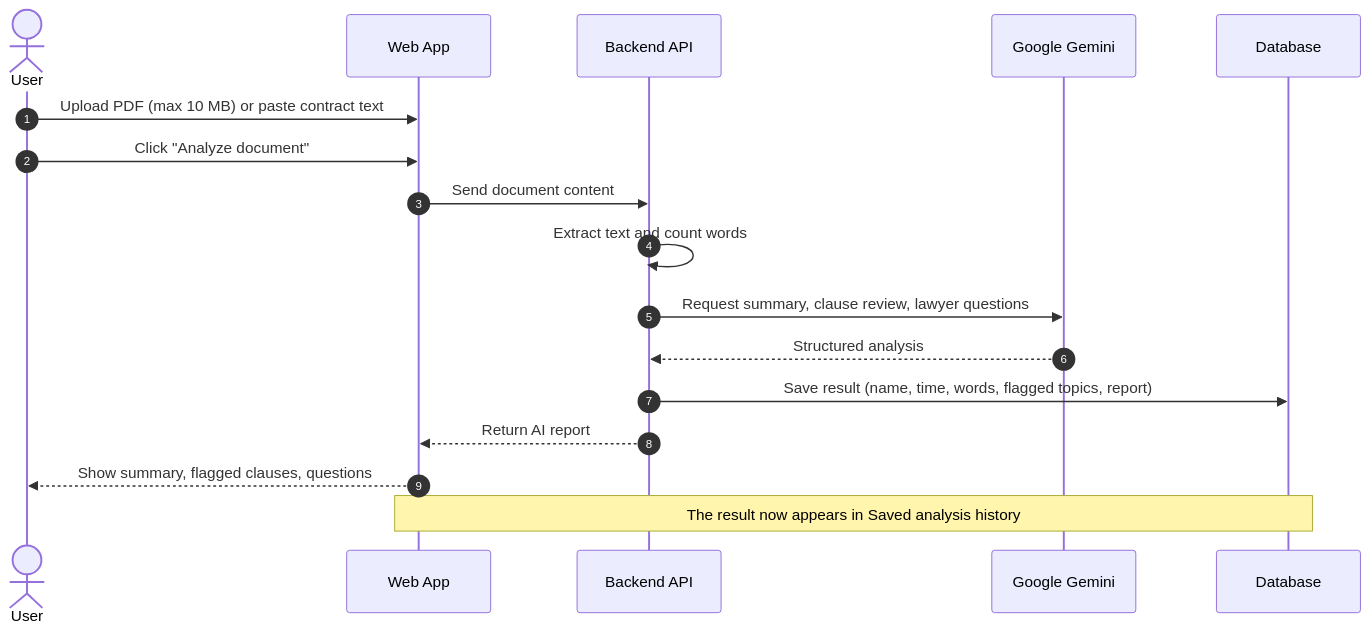
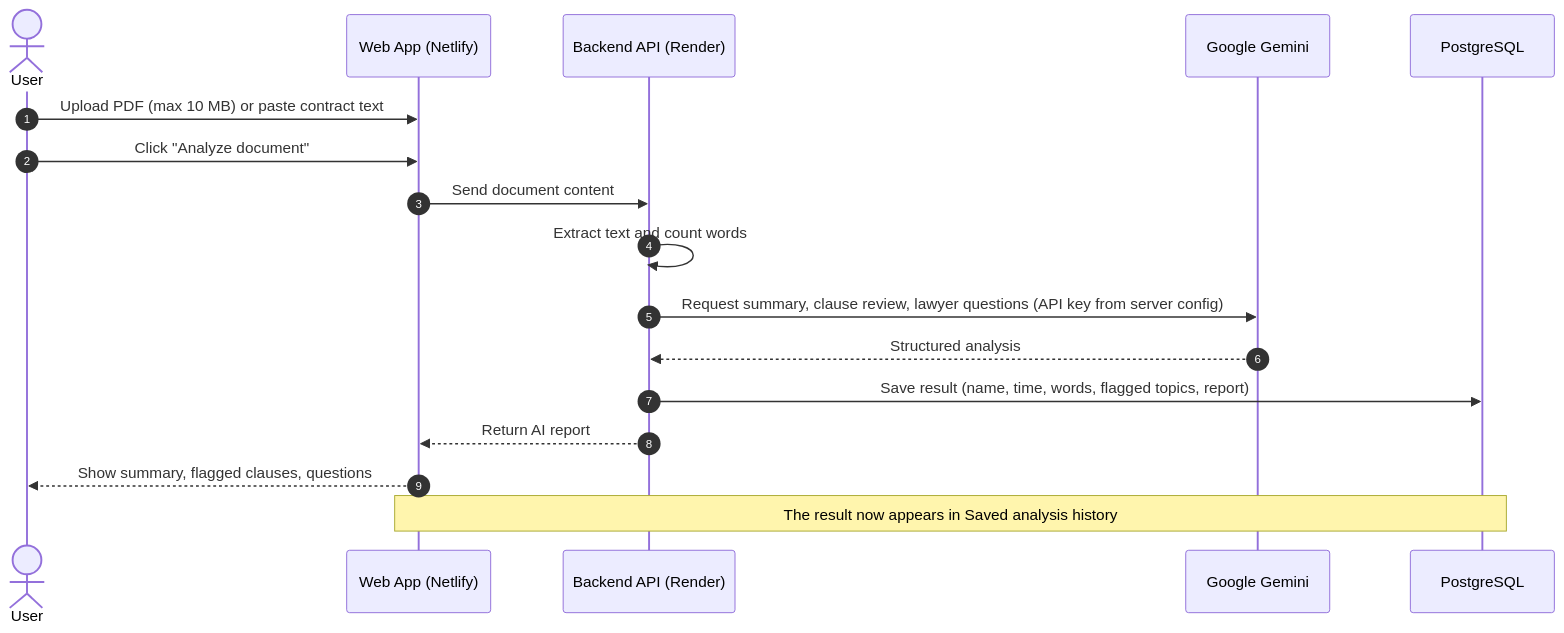
Before and after one commit to Hajrajadoon/LexProof-AI: the fourth of 8 diagrams in README.md, drawn with Mermaid. The commit also changed other lines of this file, not shown here.

````diff
--- a/README.md
+++ b/README.md
@@ -185,20 +267,20 @@
 ```mermaid
 sequenceDiagram
     autonumber
     actor User
-    participant UI as Web App
-    participant API as Backend API
+    participant UI as Web App (Netlify)
+    participant API as Backend API (Render)
     participant AI as Google Gemini
-    participant DB as Database
+    participant DB as PostgreSQL
 
     User->>UI: Upload PDF (max 10 MB) or paste contract text
     User->>UI: Click "Analyze document"
     UI->>API: Send document content
     API->>API: Extract text and count words
-    API->>AI: Request summary, clause review, lawyer questions
+    API->>AI: Request summary, clause review, lawyer questions (API key from server config)
     AI-->>API: Structured analysis
     API->>DB: Save result (name, time, words, flagged topics, report)
     API-->>UI: Return AI report
     UI-->>User: Show summary, flagged clauses, questions
     Note over UI,DB: The result now appears in Saved analysis history
 ```
````
